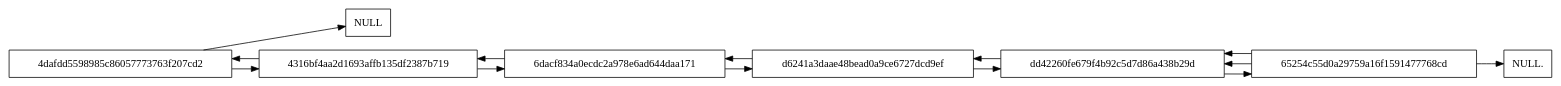
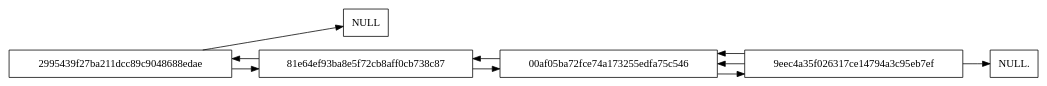
The diagram in Proyecto2/graphBlock.dot (Angel357/-EDD-Proyecto2), drawn with Graphviz before and after one commit. The commit also changed 33 other files, not shown here.

```diff
--- a/Proyecto2/graphBlock.dot
+++ b/Proyecto2/graphBlock.dot
@@ -1,23 +1,17 @@
 digraph {
 node[shape=box];
 rankdir=LR;
-"4dafdd5598985c86057773763f207cd2" -> "NULL"; 
-"4dafdd5598985c86057773763f207cd2" 
-"4dafdd5598985c86057773763f207cd2" -> "4316bf4aa2d1693affb135df2387b719"; 
-"4316bf4aa2d1693affb135df2387b719" -> "4dafdd5598985c86057773763f207cd2"; 
-"4316bf4aa2d1693affb135df2387b719" 
-"4316bf4aa2d1693affb135df2387b719" -> "6dacf834a0ecdc2a978e6ad644daa171"; 
-"6dacf834a0ecdc2a978e6ad644daa171" -> "4316bf4aa2d1693affb135df2387b719"; 
-"6dacf834a0ecdc2a978e6ad644daa171" 
-"6dacf834a0ecdc2a978e6ad644daa171" -> "d6241a3daae48bead0a9ce6727dcd9ef"; 
-"d6241a3daae48bead0a9ce6727dcd9ef" -> "6dacf834a0ecdc2a978e6ad644daa171"; 
-"d6241a3daae48bead0a9ce6727dcd9ef" 
-"d6241a3daae48bead0a9ce6727dcd9ef" -> "dd42260fe679f4b92c5d7d86a438b29d"; 
-"dd42260fe679f4b92c5d7d86a438b29d" -> "d6241a3daae48bead0a9ce6727dcd9ef"; 
-"dd42260fe679f4b92c5d7d86a438b29d" 
-"dd42260fe679f4b92c5d7d86a438b29d" -> "65254c55d0a29759a16f1591477768cd"; 
-"65254c55d0a29759a16f1591477768cd" -> "dd42260fe679f4b92c5d7d86a438b29d"; 
-"65254c55d0a29759a16f1591477768cd" 
-"65254c55d0a29759a16f1591477768cd" -> "NULL."; 
-"65254c55d0a29759a16f1591477768cd" -> "dd42260fe679f4b92c5d7d86a438b29d"; 
+"2995439f27ba211dcc89c9048688edae" -> "NULL"; 
+"2995439f27ba211dcc89c9048688edae" 
+"2995439f27ba211dcc89c9048688edae" -> "81e64ef93ba8e5f72cb8aff0cb738c87"; 
+"81e64ef93ba8e5f72cb8aff0cb738c87" -> "2995439f27ba211dcc89c9048688edae"; 
+"81e64ef93ba8e5f72cb8aff0cb738c87" 
+"81e64ef93ba8e5f72cb8aff0cb738c87" -> "00af05ba72fce74a173255edfa75c546"; 
+"00af05ba72fce74a173255edfa75c546" -> "81e64ef93ba8e5f72cb8aff0cb738c87"; 
+"00af05ba72fce74a173255edfa75c546" 
+"00af05ba72fce74a173255edfa75c546" -> "9eec4a35f026317ce14794a3c95eb7ef"; 
+"9eec4a35f026317ce14794a3c95eb7ef" -> "00af05ba72fce74a173255edfa75c546"; 
+"9eec4a35f026317ce14794a3c95eb7ef" 
+"9eec4a35f026317ce14794a3c95eb7ef" -> "NULL."; 
+"9eec4a35f026317ce14794a3c95eb7ef" -> "00af05ba72fce74a173255edfa75c546"; 
  }
```
